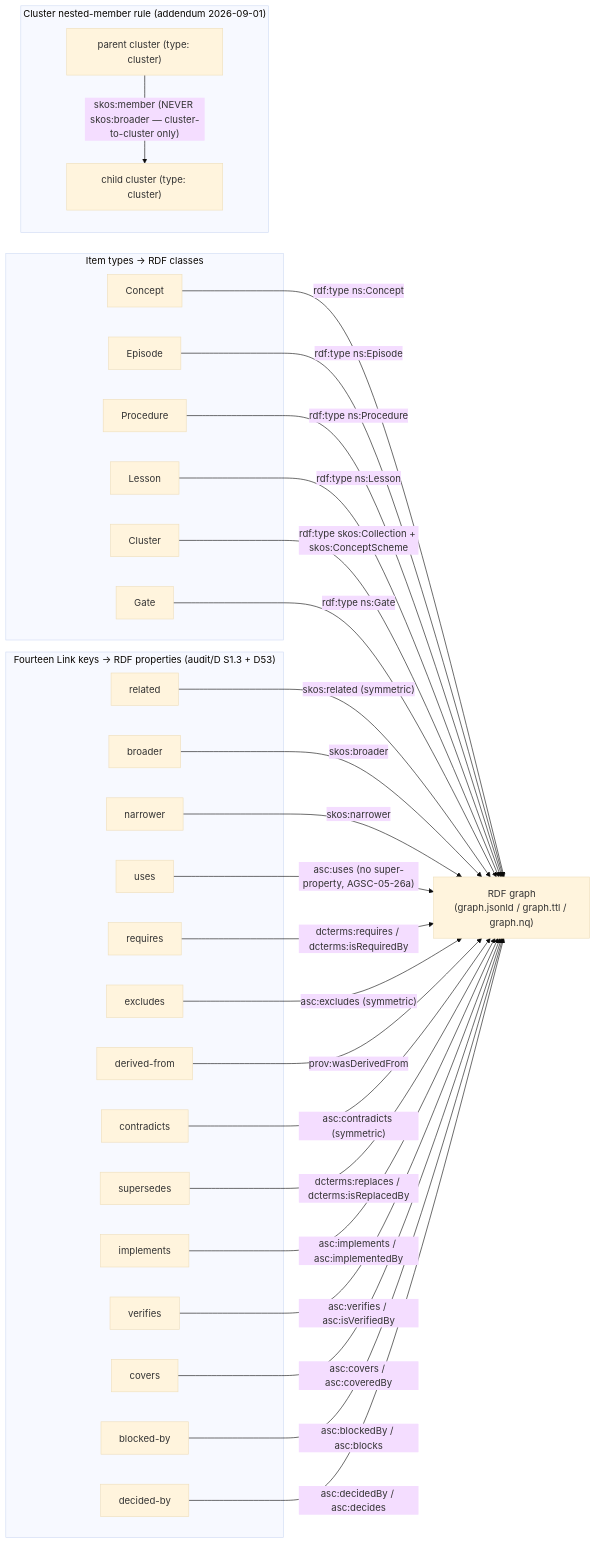
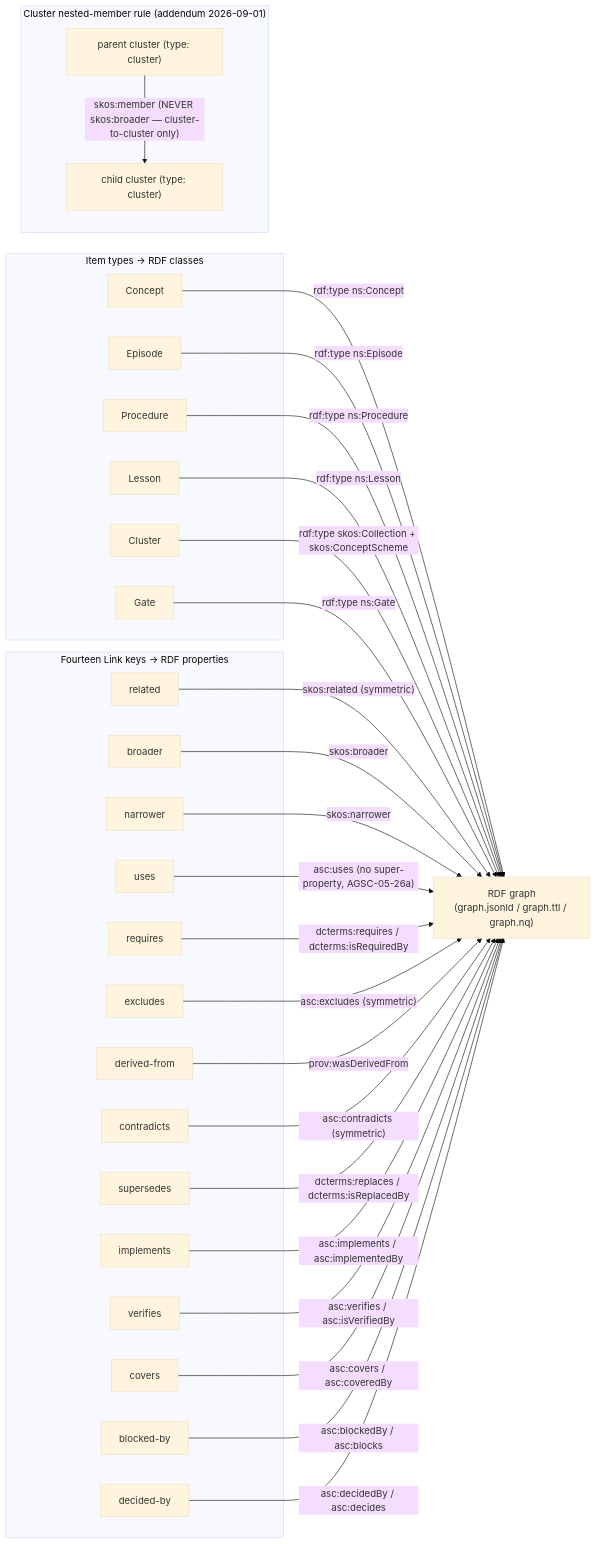
The diagram in docs/diagrams/schema-ontology.md (andreibesleaga/agentic-system-core), drawn with Mermaid (base theme) before and after one commit. The commit also changed other lines of this file and 386 other files, not shown here.

````diff
--- a/docs/diagrams/schema-ontology.md
+++ b/docs/diagrams/schema-ontology.md
@@ -5,59 +5,59 @@
 ```mermaid
 flowchart LR
   subgraph TYPES["Item types -> RDF classes"]
     Concept
     Episode
     Procedure
     Lesson
     ClusterT["Cluster"]
     Gate
   end
 
   RDF["RDF graph\n(graph.jsonld / graph.ttl / graph.nq)"]
 
   Concept -->|"rdf:type ns:Concept"| RDF
   Episode -->|"rdf:type ns:Episode"| RDF
   Procedure -->|"rdf:type ns:Procedure"| RDF
   Lesson -->|"rdf:type ns:Lesson"| RDF
   ClusterT -->|"rdf:type skos:Collection + skos:ConceptScheme"| RDF
   Gate -->|"rdf:type ns:Gate"| RDF
 
-  subgraph LINKS["Fourteen Link keys -> RDF properties (audit/D S1.3 + D53)"]
+  subgraph LINKS["Fourteen Link keys -> RDF properties"]
     related
     broader
     narrower
     uses
     requires
     excludes
     derivedFrom["derived-from"]
     contradicts
     supersedes
     implements
     verifies
     covers
     blockedBy["blocked-by"]
     decidedBy["decided-by"]
   end
 
   related -->|"skos:related (symmetric)"| RDF
   broader -->|"skos:broader"| RDF
   narrower -->|"skos:narrower"| RDF
   uses -->|"asc:uses (no super-property, AGSC-05-26a)"| RDF
   requires -->|"dcterms:requires / dcterms:isRequiredBy"| RDF
   excludes -->|"asc:excludes (symmetric)"| RDF
   derivedFrom -->|"prov:wasDerivedFrom"| RDF
   contradicts -->|"asc:contradicts (symmetric)"| RDF
   supersedes -->|"dcterms:replaces / dcterms:isReplacedBy"| RDF
   implements -->|"asc:implements / asc:implementedBy"| RDF
   verifies -->|"asc:verifies / asc:isVerifiedBy"| RDF
   covers -->|"asc:covers / asc:coveredBy"| RDF
   blockedBy -->|"asc:blockedBy / asc:blocks"| RDF
   decidedBy -->|"asc:decidedBy / asc:decides"| RDF
 
   subgraph NESTED["Cluster nested-member rule (addendum 2026-09-01)"]
     Parent["parent cluster (type: cluster)"]
     Child["child cluster (type: cluster)"]
   end
 
   Parent -->|"skos:member (NEVER skos:broader — cluster-to-cluster only)"| Child
 ```
````
